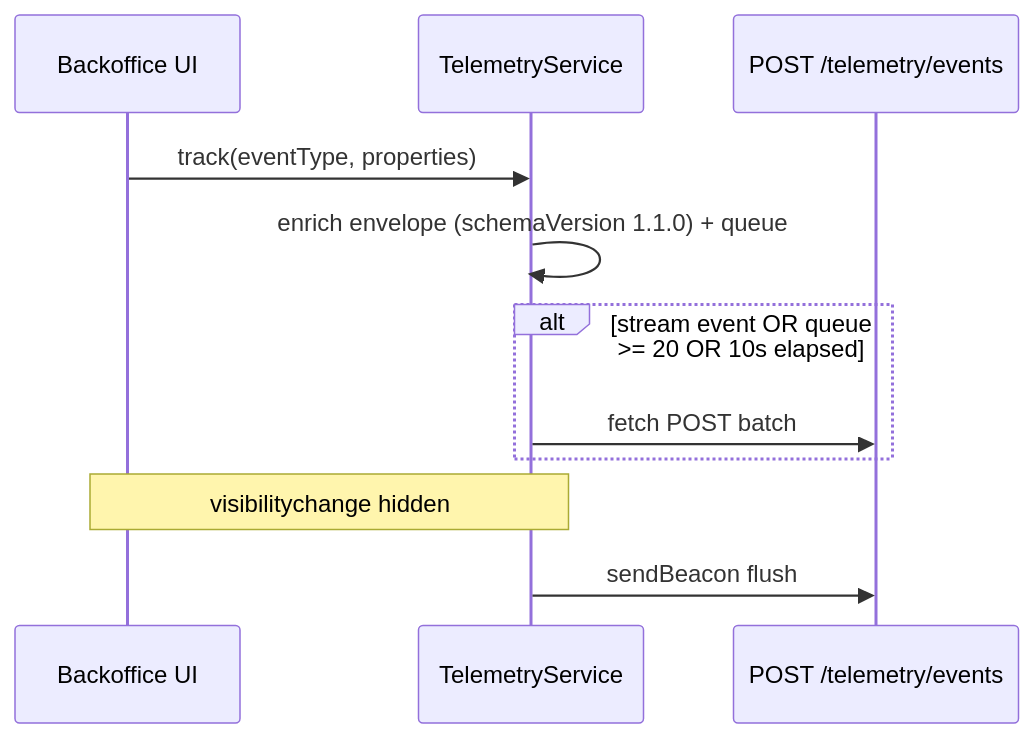
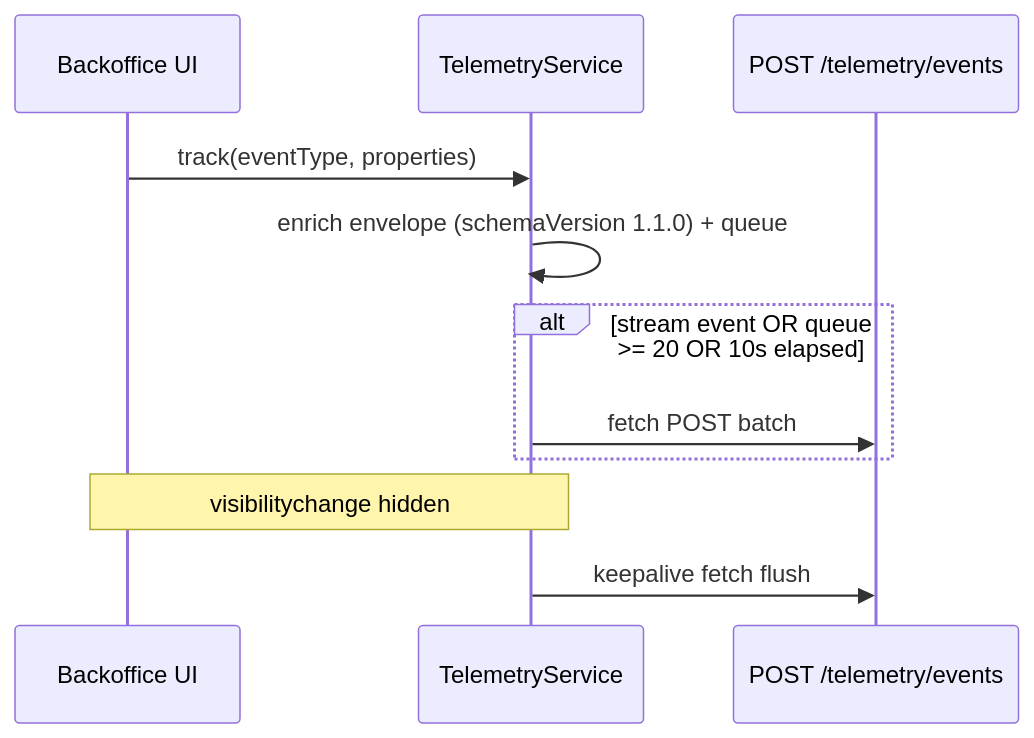
Before and after one commit to chitrasharath/chitrasharath_healthcore_ft_ai_1: the diagram in memory-bank/references/telemetry_ai_plan/telemetry_frontend_implementation_plan.md, drawn with Mermaid. The commit also changed other lines of this file and 5 other files, not shown here.

````diff
--- a/memory-bank/references/telemetry_ai_plan/telemetry_frontend_implementation_plan.md
+++ b/memory-bank/references/telemetry_ai_plan/telemetry_frontend_implementation_plan.md
@@ -111,14 +111,14 @@
 ```mermaid
 sequenceDiagram
   participant UI as Backoffice UI
   participant TS as TelemetryService
   participant API as POST /telemetry/events
 
   UI->>TS: track(eventType, properties)
   TS->>TS: enrich envelope (schemaVersion 1.1.0) + queue
   alt stream event OR queue >= 20 OR 10s elapsed
     TS->>API: fetch POST batch
   end
   Note over UI,TS: visibilitychange hidden
-  TS->>API: sendBeacon flush
+  TS->>API: keepalive fetch flush
 ```
````
